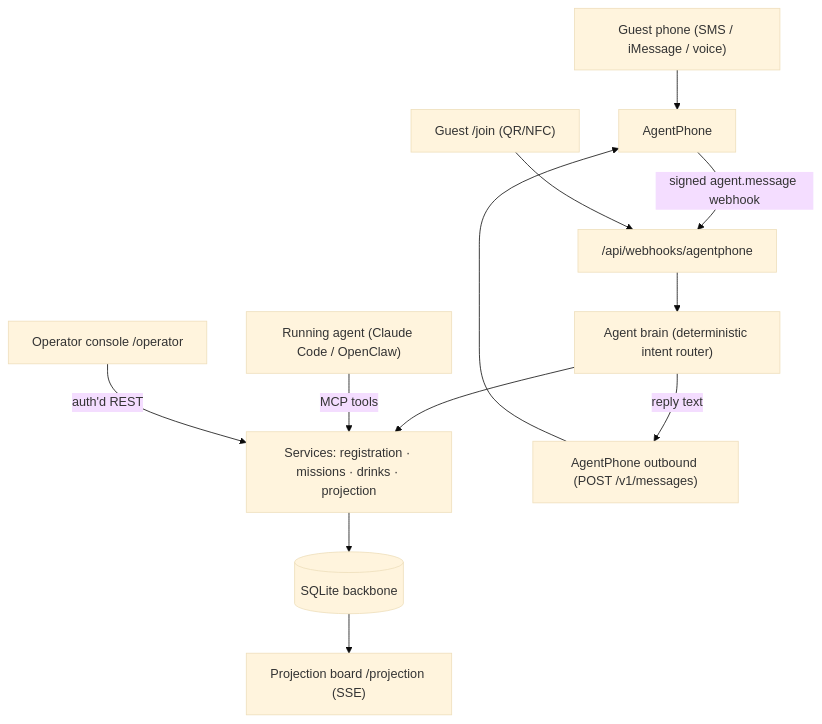
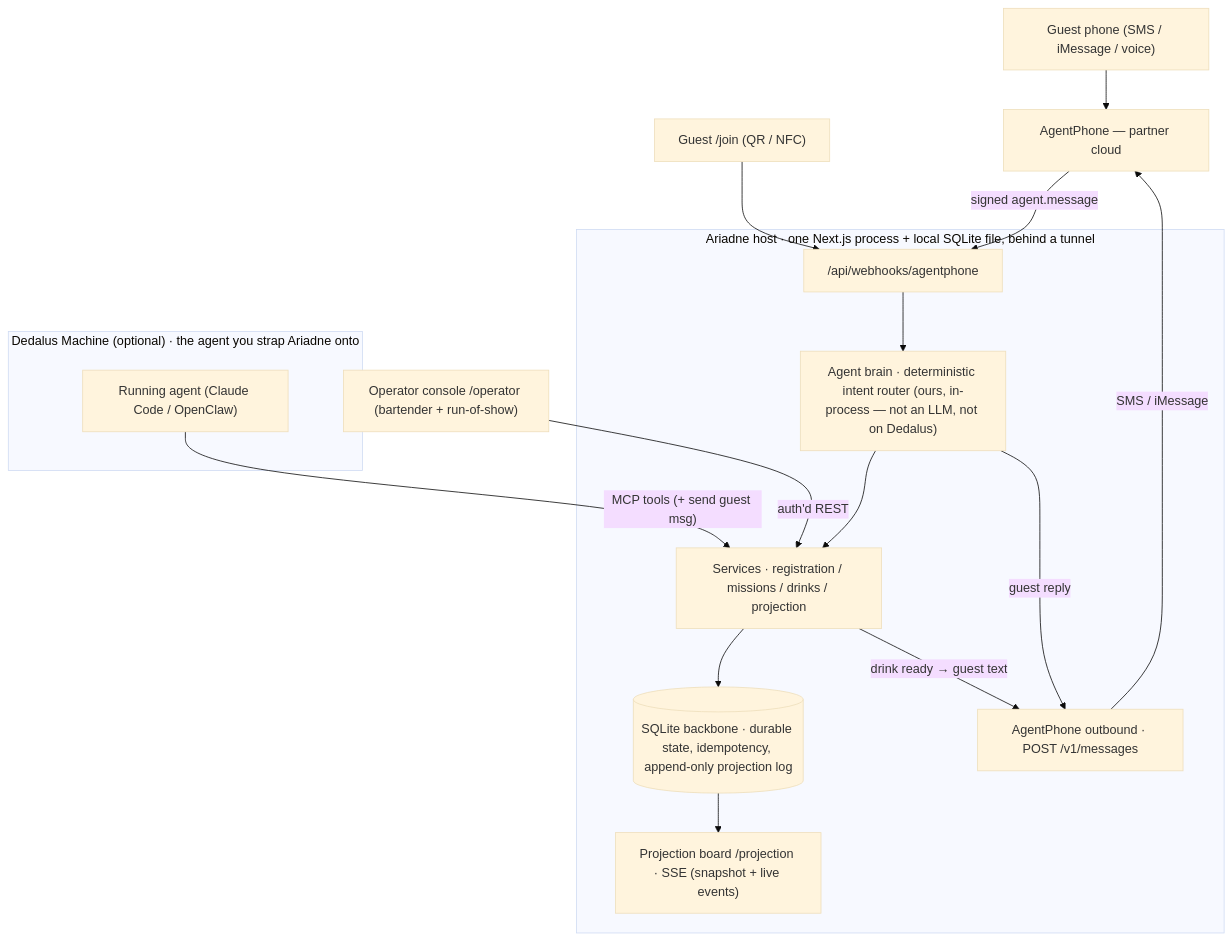
One commit to Kevin-Liu-01/Ariadne changed the diagram in README.md. Above: the diagram before and after it, drawn with Mermaid (base theme). The commit also changed other lines of this file, not shown here.

Commit message:
docs: clarify architecture diagram
Add a Dedalus Machine boundary around the optional strap-on agent (the brain is
our in-process deterministic router, not an LLM and not on Dedalus), add the
drink-ready -> AgentPhone outbound edge, and add per-box commentary for SQLite,
the operator console, and the projection SSE stream.

````diff
--- a/README.md
+++ b/README.md
@@ -44,14 +45,33 @@
 ```mermaid
 flowchart TD
-  guest["Guest phone (SMS / iMessage / voice)"] --> ap["AgentPhone"]
-  ap -- "signed agent.message webhook" --> wh["/api/webhooks/agentphone"]
-  wh --> brain["Agent brain (deterministic intent router)"]
-  brain --> svc["Services: registration · missions · drinks · projection"]
-  svc --> db[("SQLite backbone")]
-  brain -- "reply text" --> out["AgentPhone outbound (POST /v1/messages)"] --> ap
+  guest["Guest phone (SMS / iMessage / voice)"]
+  join["Guest /join (QR / NFC)"]
+  ap["AgentPhone — partner cloud"]
+  op["Operator console /operator (bartender + run-of-show)"]
 
-  agent["Running agent (Claude Code / OpenClaw)"] -- "MCP tools" --> svc
-  op["Operator console /operator"] -- "auth'd REST" --> svc
-  db --> proj["Projection board /projection (SSE)"]
-  join["Guest /join (QR/NFC)"] --> wh
+  subgraph host["Ariadne host · one Next.js process + local SQLite file, behind a tunnel"]
+    wh["/api/webhooks/agentphone"]
+    brain["Agent brain · deterministic intent router (ours, in-process — not an LLM, not on Dedalus)"]
+    svc["Services · registration / missions / drinks / projection"]
+    db[("SQLite backbone · durable state, idempotency, append-only projection log")]
+    out["AgentPhone outbound · POST /v1/messages"]
+    proj["Projection board /projection · SSE (snapshot + live events)"]
+  end
+
+  subgraph dm["Dedalus Machine (optional) · the agent you strap Ariadne onto"]
+    agent["Running agent (Claude Code / OpenClaw)"]
+  end
+
+  guest --> ap
+  join --> wh
+  ap -- "signed agent.message" --> wh
+  wh --> brain
+  brain --> svc
+  svc --> db
+  brain -- "guest reply" --> out
+  svc -- "drink ready → guest text" --> out
+  out -- "SMS / iMessage" --> ap
+  op -- "auth'd REST" --> svc
+  agent -- "MCP tools (+ send guest msg)" --> svc
+  db --> proj
 ```
````
